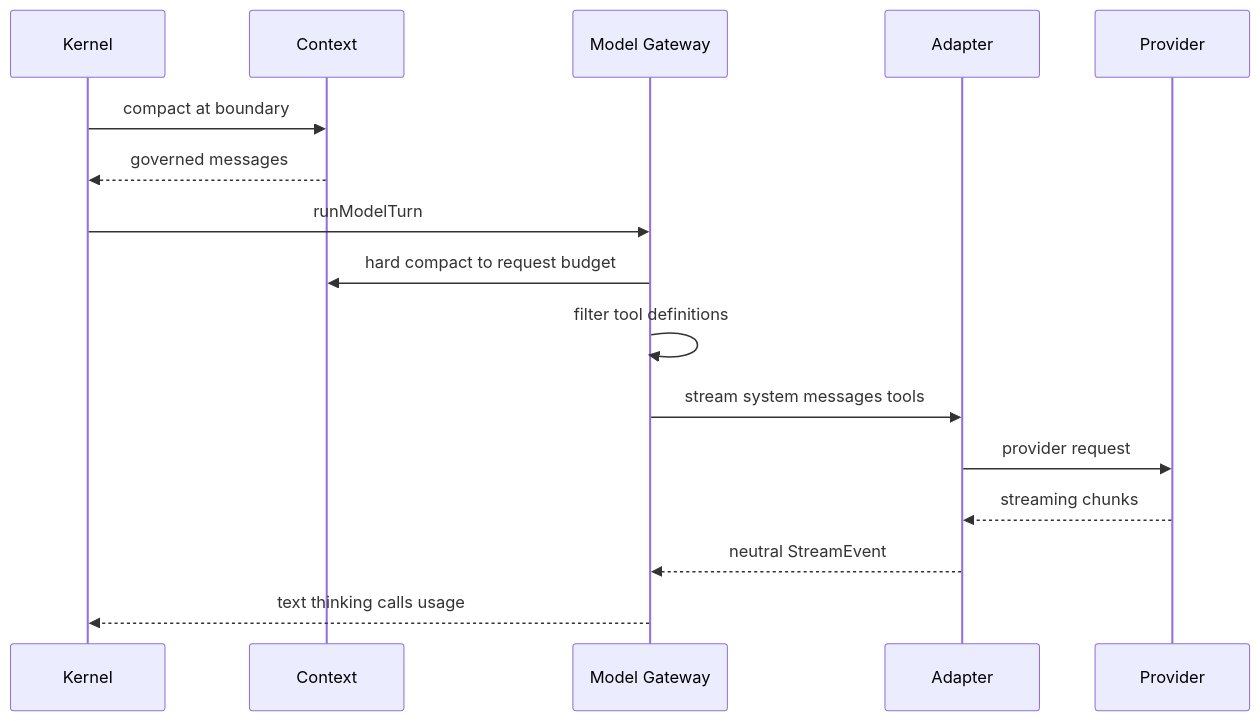
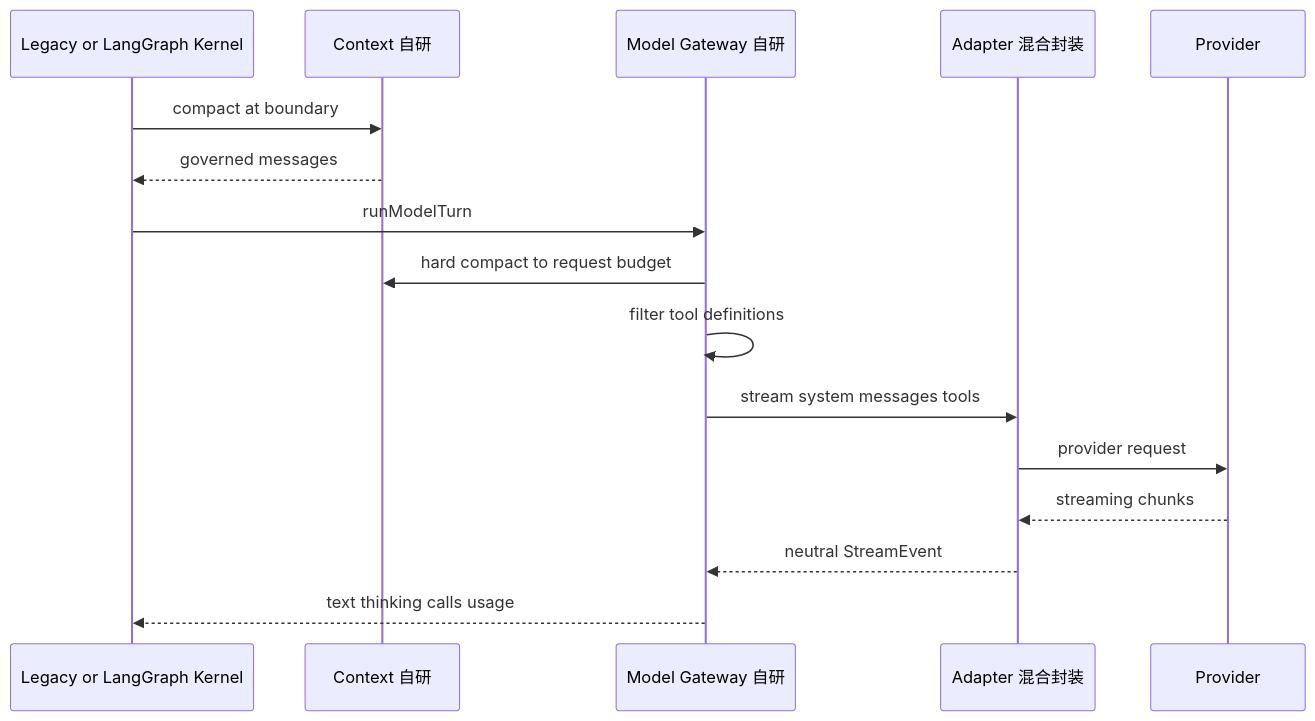
Before and after one commit to Wpxknight/agentdemo: the second of 3 diagrams in docs/design/03-model-and-context.md, drawn with Mermaid. The commit also changed other lines of this file and 5 other files, not shown here.

```diff
--- a/docs/design/03-model-and-context.md
+++ b/docs/design/03-model-and-context.md
@@ -46,19 +61,19 @@
 ~~~mermaid
 sequenceDiagram
-  participant G as Kernel
-  participant C as Context
-  participant M as Model Gateway
-  participant A as Adapter
+  participant G as Legacy or LangGraph Kernel
+  participant C as Context 自研
+  participant M as Model Gateway 自研
+  participant A as Adapter 混合封装
   participant P as Provider
 
   G->>C: compact at boundary
   C-->>G: governed messages
   G->>M: runModelTurn
   M->>C: hard compact to request budget
   M->>M: filter tool definitions
   M->>A: stream system messages tools
   A->>P: provider request
   P-->>A: streaming chunks
   A-->>M: neutral StreamEvent
   M-->>G: text thinking calls usage
 ~~~
```
